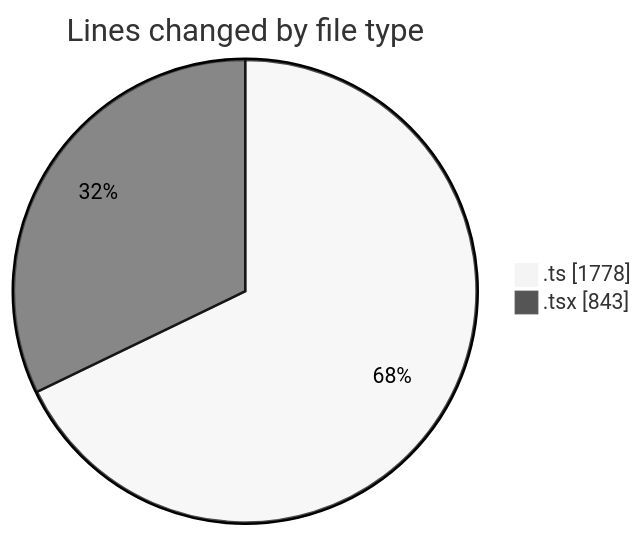
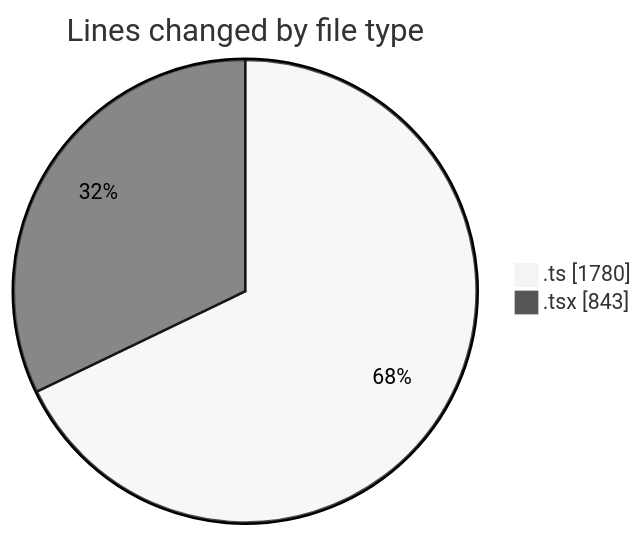
One commit to JenPaints/code-tracking changed the first of 2 diagrams in 2025-06-22/archive/README.md. Above: the diagram before and after it, drawn with Mermaid (neutral theme). The commit also changed other lines of this file and 1 other file, not shown here.

````diff
--- a/2025-06-22/archive/README.md
+++ b/2025-06-22/archive/README.md
@@ -25,6 +25,6 @@
 ```mermaid
 pie showData
 title Lines changed by file type
-".ts" : 1778
+".ts" : 1780
 ".tsx" : 843
 ```
````
